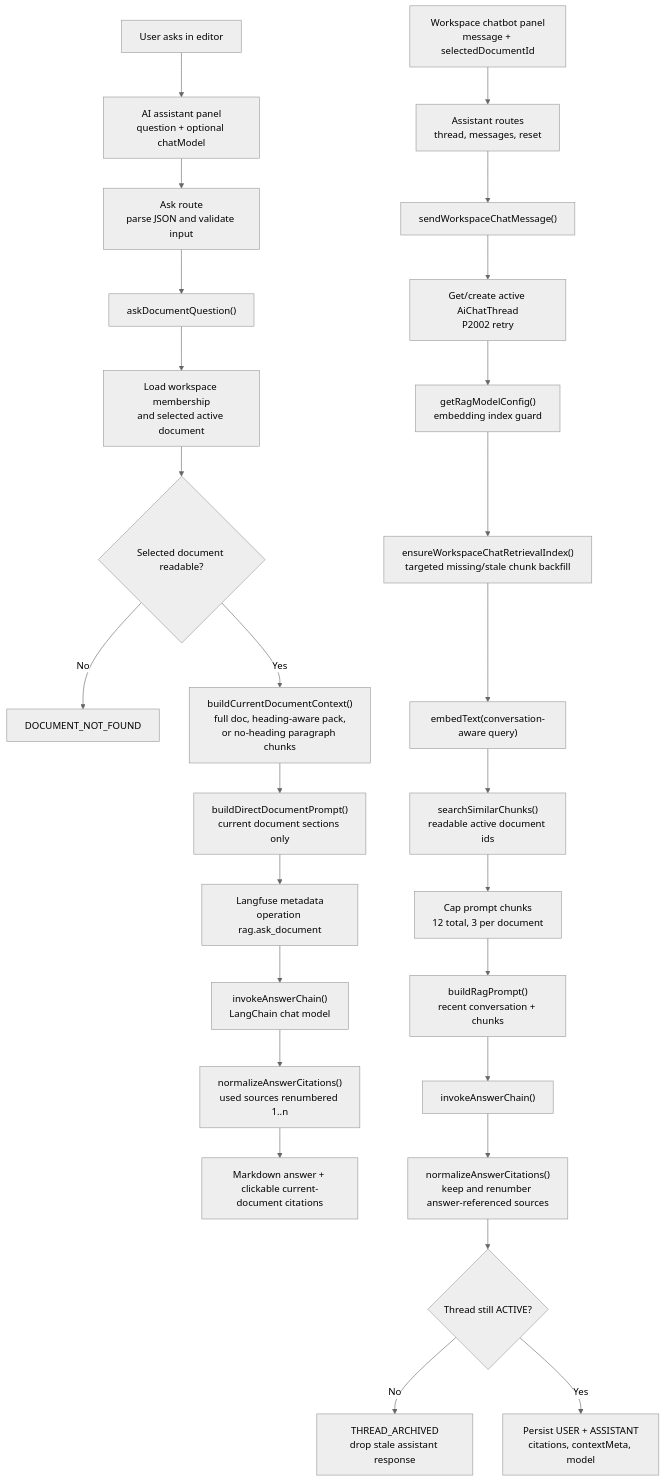
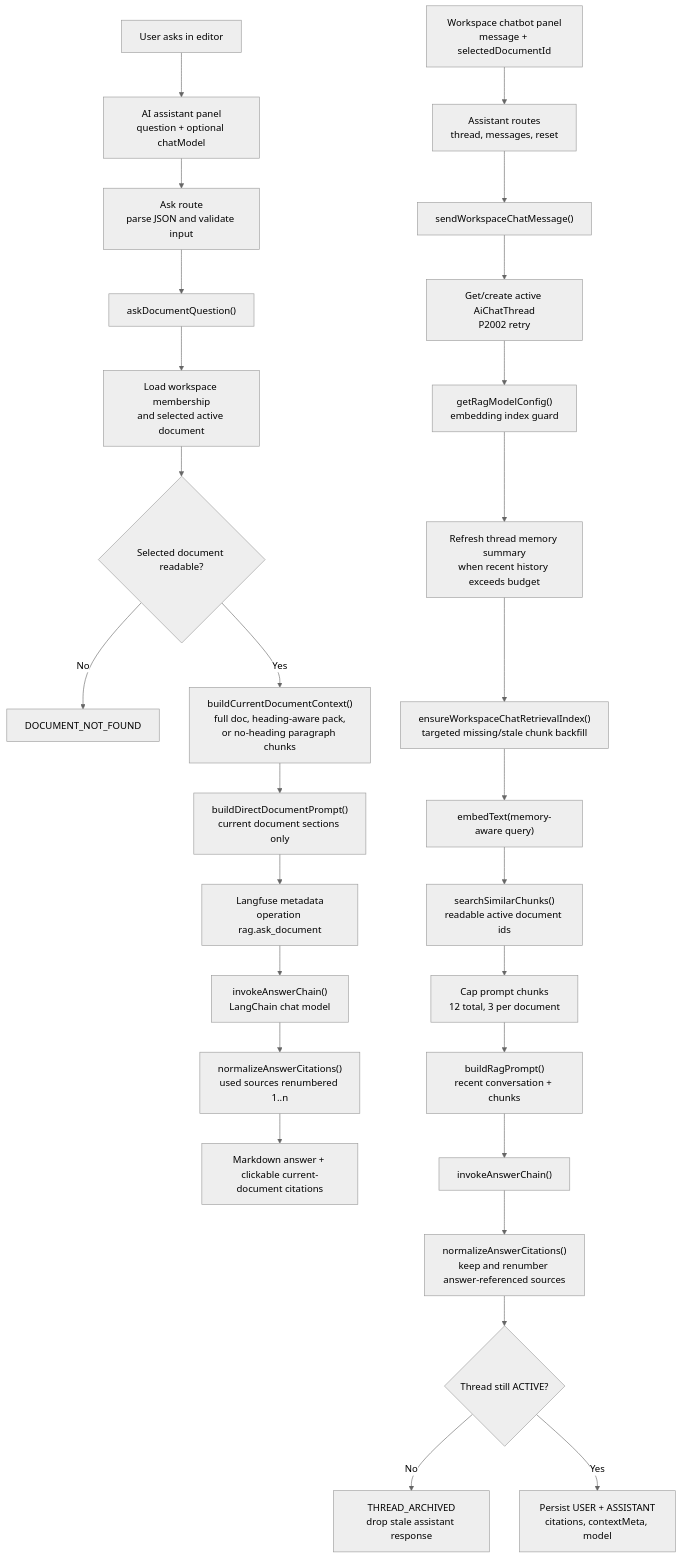
The first of 2 diagrams in wiki/RAG Process Workflow.md (dschoi30/munjib), drawn with Mermaid (neutral theme) before and after one commit. The commit also changed other lines of this file and 8 other files, not shown here.

Commit message:
feat: add workspace chat memory summary

````diff
--- a/wiki/RAG Process Workflow.md
+++ b/wiki/RAG Process Workflow.md
@@ -37,30 +37,31 @@
 ```mermaid
 flowchart TD
     User["User asks in editor"] --> Panel["AI assistant panel<br/>question + optional chatModel"]
     Panel --> AskRoute["Ask route<br/>parse JSON and validate input"]
     AskRoute --> AskService["askDocumentQuestion()"]
     AskService --> AskPermission["Load workspace membership<br/>and selected active document"]
     AskPermission --> AskReadable{"Selected document readable?"}
     AskReadable -- "No" --> AskNotFound["DOCUMENT_NOT_FOUND"]
     AskReadable -- "Yes" --> AskContext["buildCurrentDocumentContext()<br/>full doc, heading-aware pack,<br/>or no-heading paragraph chunks"]
     AskContext --> AskPrompt["buildDirectDocumentPrompt()<br/>current document sections only"]
     AskPrompt --> AskTrace["Langfuse metadata<br/>operation rag.ask_document"]
     AskTrace --> AskAnswer["invokeAnswerChain()<br/>LangChain chat model"]
     AskAnswer --> AskNormalize["normalizeAnswerCitations()<br/>used sources renumbered 1..n"]
     AskNormalize --> AskUI["Markdown answer + clickable current-document citations"]
 
     ChatUser["Workspace chatbot panel<br/>message + selectedDocumentId"] --> ChatRoute["Assistant routes<br/>thread, messages, reset"]
     ChatRoute --> ChatService["sendWorkspaceChatMessage()"]
     ChatService --> Thread["Get/create active AiChatThread<br/>P2002 retry"]
     Thread --> ChatConfig["getRagModelConfig()<br/>embedding index guard"]
-    ChatConfig --> ChatBackfill["ensureWorkspaceChatRetrievalIndex()<br/>targeted missing/stale chunk backfill"]
-    ChatBackfill --> ChatEmbed["embedText(conversation-aware query)"]
+    ChatConfig --> ChatMemory["Refresh thread memory summary<br/>when recent history exceeds budget"]
+    ChatMemory --> ChatBackfill["ensureWorkspaceChatRetrievalIndex()<br/>targeted missing/stale chunk backfill"]
+    ChatBackfill --> ChatEmbed["embedText(memory-aware query)"]
     ChatEmbed --> ChatSearch["searchSimilarChunks()<br/>readable active document ids"]
     ChatSearch --> ChatCap["Cap prompt chunks<br/>12 total, 3 per document"]
     ChatCap --> ChatPrompt["buildRagPrompt()<br/>recent conversation + chunks"]
     ChatPrompt --> ChatAnswer["invokeAnswerChain()"]
     ChatAnswer --> UsedCitations["normalizeAnswerCitations()<br/>keep and renumber answer-referenced sources"]
     UsedCitations --> ActiveCheck{"Thread still ACTIVE?"}
     ActiveCheck -- "No" --> Stale["THREAD_ARCHIVED<br/>drop stale assistant response"]
     ActiveCheck -- "Yes" --> Persist["Persist USER + ASSISTANT<br/>citations, contextMeta, model"]
 ```
````
